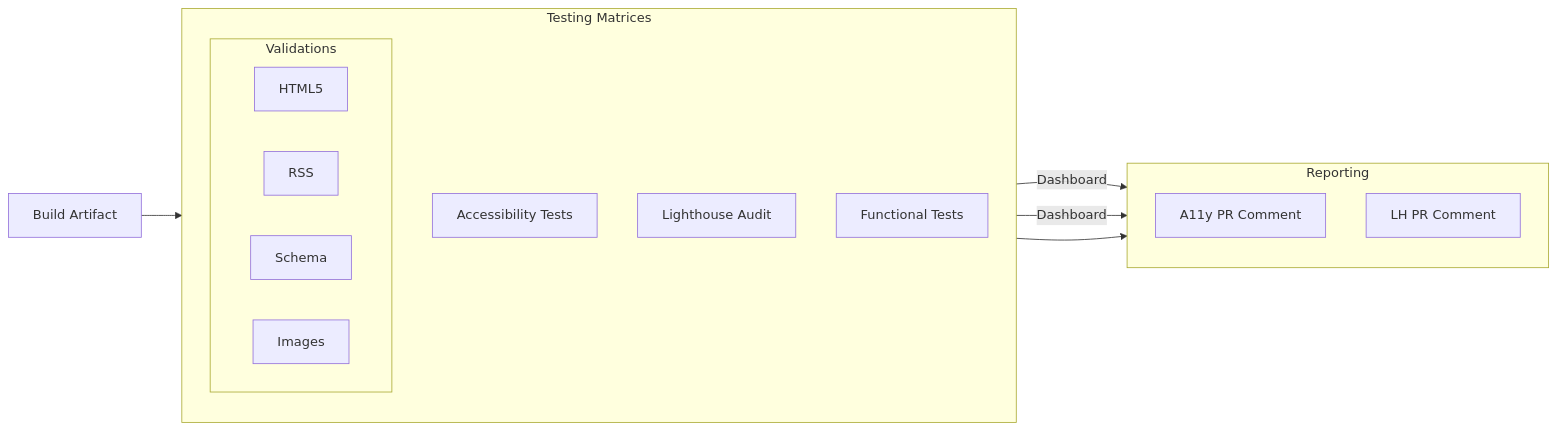
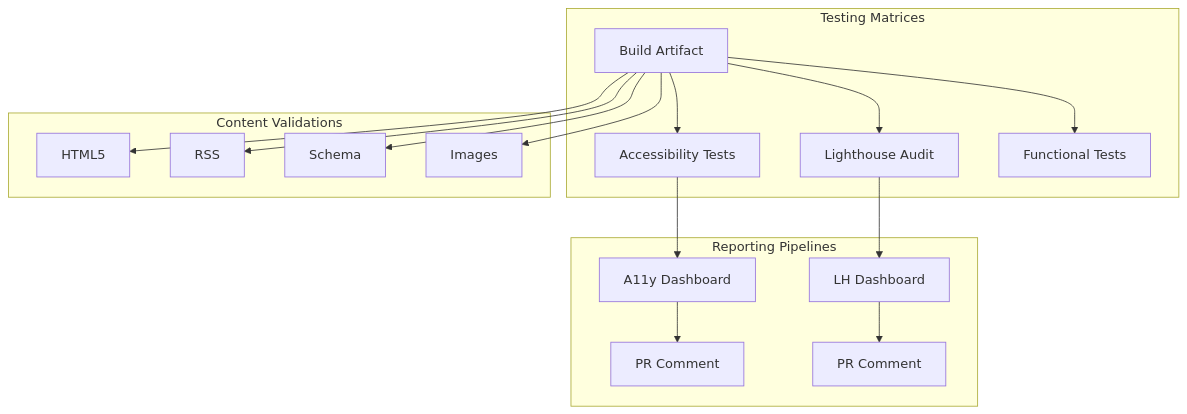
One commit to jmrplens/jmrp.io changed the third of 3 diagrams in README.md. Above: the diagram before and after it, drawn with Mermaid.

Commit message:
docs: refine phase 2 ci diagram with detailed validation jobs

````diff
--- a/README.md
+++ b/README.md
@@ -164,24 +164,22 @@
 ```mermaid
-graph LR
-    Build[Build Artifact] --> TM[Testing Matrices]
-    TM --> Rep[Reporting]
+graph TD
+    Build[Build Artifact]
 
-    subgraph TM [Testing Matrices]
-        direction TB
-        A11y[Accessibility Tests]
-        LH[Lighthouse Audit]
-        Func[Functional Tests]
-        subgraph Valid [Validations]
-            HTML5
-            RSS
-            Schema
-            Images
-        end
+    subgraph "Testing Matrices"
+        Build --> A11y[Accessibility Tests]
+        Build --> LH[Lighthouse Audit]
+        Build --> Func[Functional Tests]
     end
 
-    subgraph Rep [Reporting]
-        direction TB
-        A11y -- Dashboard --> A11yRep[A11y PR Comment]
-        LH -- Dashboard --> LHRep[LH PR Comment]
+    subgraph "Content Validations"
+        Build --> HTML[HTML5]
+        Build --> RSS
+        Build --> Schema
+        Build --> Img[Images]
+    end
+
+    subgraph "Reporting Pipelines"
+        A11y --> A11yAgg[A11y Dashboard] --> A11yCom[PR Comment]
+        LH --> LHAgg[LH Dashboard] --> LHCom[PR Comment]
     end
 ```
````
